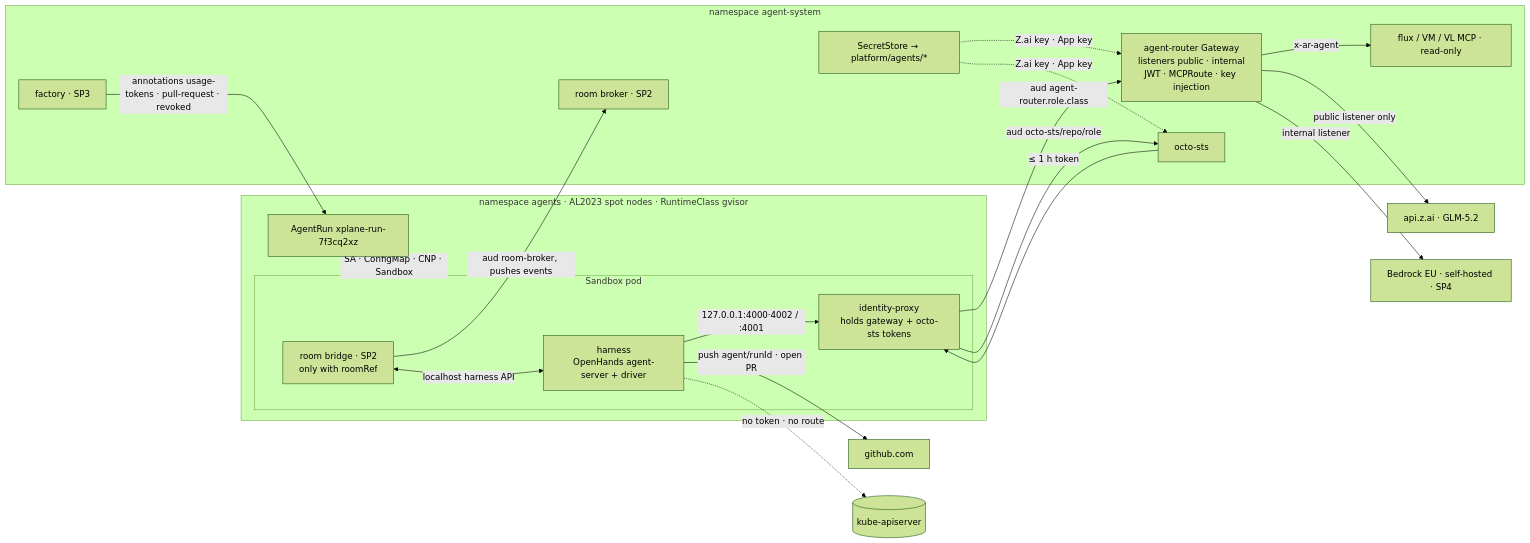
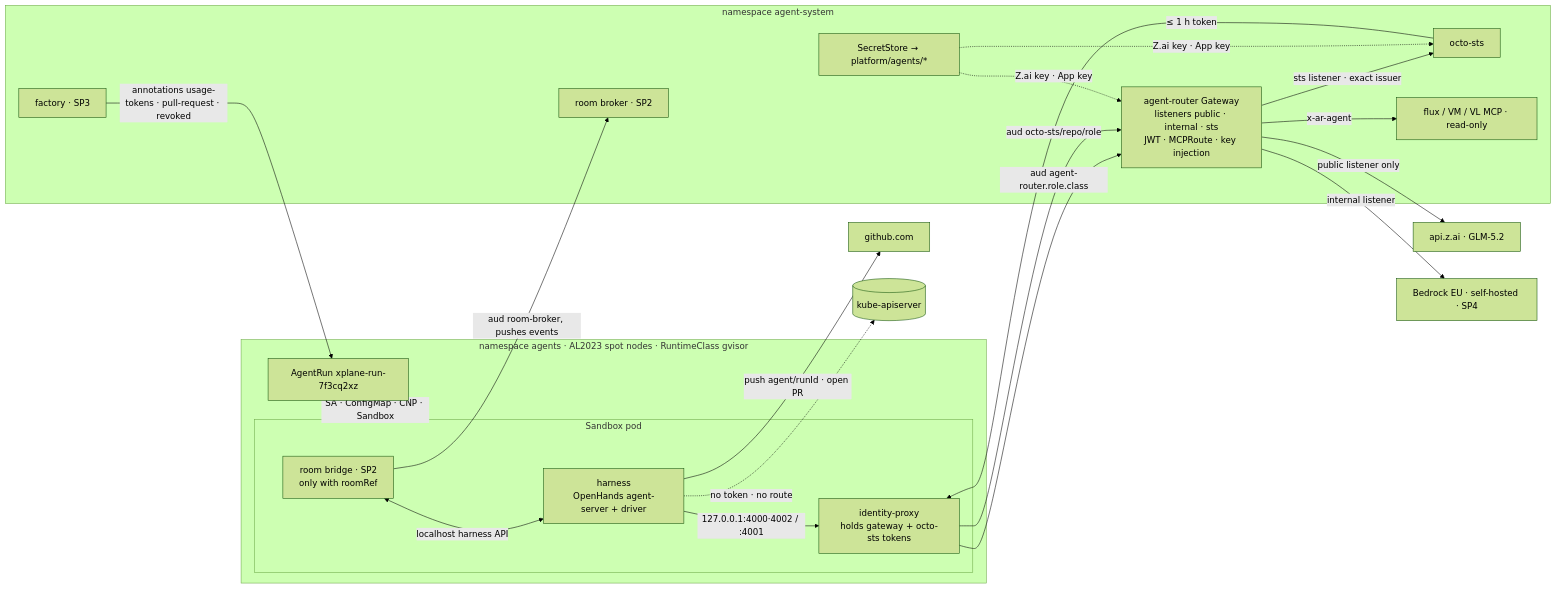
One commit to Smana/cloud-native-ref changed the first of 3 diagrams in docs/superpowers/specs/2026-09-23-agent-runtime-identity-design.md. Above: the diagram before and after it, drawn with Mermaid (forest theme). The commit also changed other lines of this file and 4 other files, not shown here.

First line of the commit message:
docs(superpowers): reach octo-sts only through agent-router's sts listener

````diff
--- a/docs/superpowers/specs/2026-09-23-agent-runtime-identity-design.md
+++ b/docs/superpowers/specs/2026-09-23-agent-runtime-identity-design.md
@@ -62,38 +67,39 @@
 ```mermaid
 flowchart LR
   subgraph AG["namespace agents · AL2023 spot nodes · RuntimeClass gvisor"]
     XR[AgentRun xplane-run-7f3cq2xz]
     subgraph POD["Sandbox pod"]
       H[harness<br/>OpenHands agent-server + driver]
       P[identity-proxy<br/>holds gateway + octo-sts tokens]
       B[room bridge · SP2<br/>only with roomRef]
     end
   end
   subgraph SYS["namespace agent-system"]
-    GW[agent-router Gateway<br/>listeners public · internal<br/>JWT · MCPRoute · key injection]
+    GW[agent-router Gateway<br/>listeners public · internal · sts<br/>JWT · MCPRoute · key injection]
     STS[octo-sts]
     MCP[flux / VM / VL MCP · read-only]
     SS[SecretStore → platform/agents/*]
     BR[room broker · SP2]
     F[factory · SP3]
   end
   ZAI[api.z.ai · GLM-5.2]
   BED[Bedrock EU · self-hosted · SP4]
   GH[github.com]
   API[(kube-apiserver)]
 
   XR -->|SA · ConfigMap · CNP · Sandbox| POD
   H -->|127.0.0.1:4000·4002 / :4001| P
   P -->|aud agent-router.role.class| GW
-  P -->|aud octo-sts/repo/role| STS
+  P -->|aud octo-sts/repo/role| GW
+  GW -->|sts listener · exact issuer| STS
   B -->|aud room-broker, pushes events| BR
   B <-->|localhost harness API| H
   GW -->|x-ar-agent| MCP
   GW -->|public listener only| ZAI
   GW -->|internal listener| BED
   STS -->|≤ 1 h token| P
   H -->|push agent/runId · open PR| GH
   SS -.->|Z.ai key · App key| GW & STS
   F -->|annotations usage-tokens · pull-request · revoked| XR
   H -.->|no token · no route| API
 ```
````
